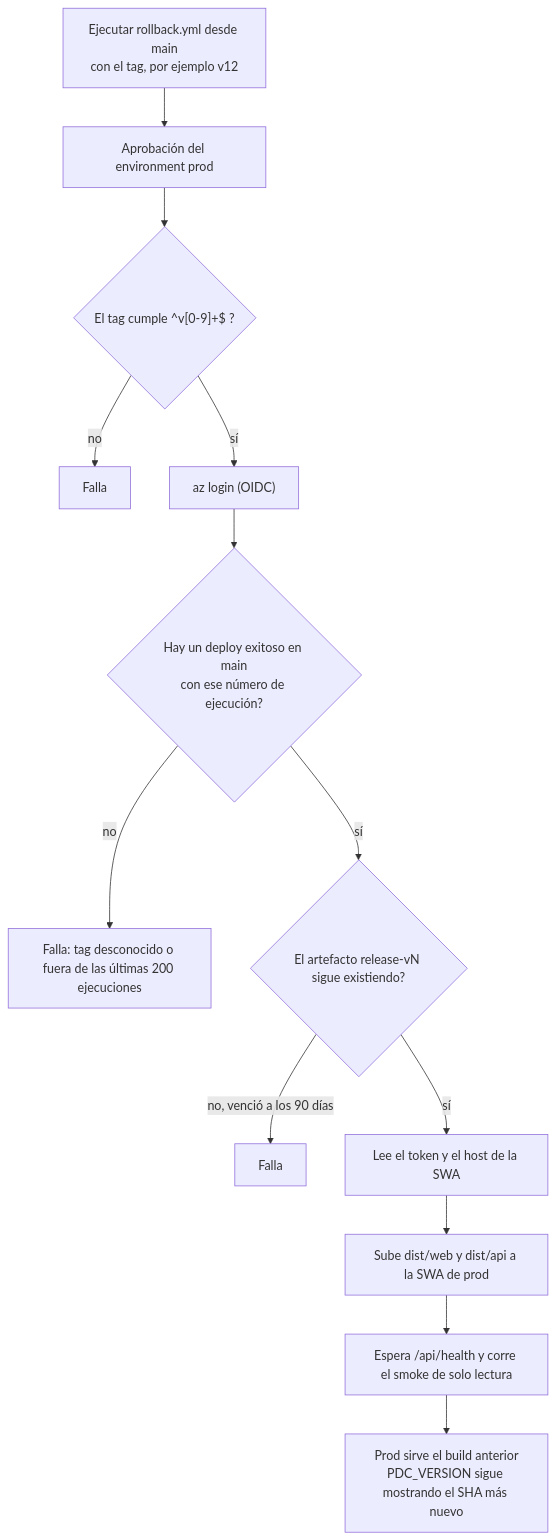
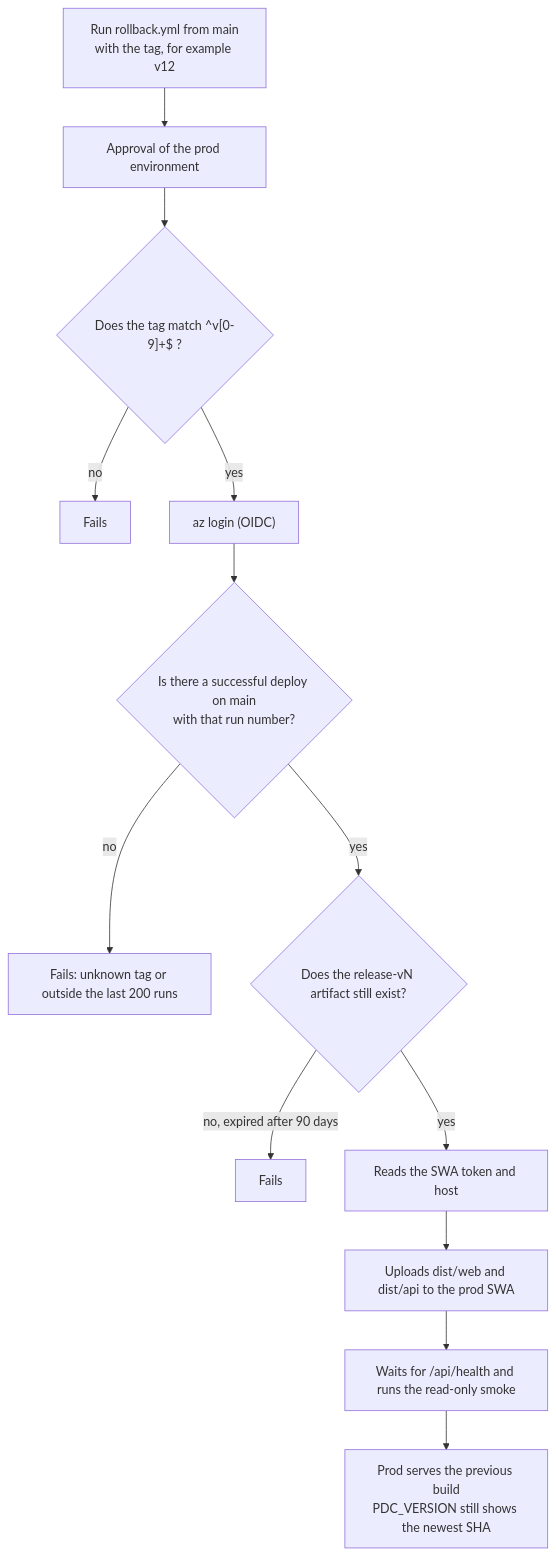
One commit to Andr3xDev/migas-en-la-nube changed the diagram in docs/diagramas/rollback.md. Above: the diagram before and after it, drawn with Mermaid. The commit also changed other lines of this file and 11 other files, not shown here.

Commit message:
docs: translate diagrams to English

````diff
--- a/docs/diagramas/rollback.md
+++ b/docs/diagramas/rollback.md
@@ -5,15 +5,15 @@
 ```mermaid
 flowchart TD
-    Start["Ejecutar rollback.yml desde main<br/>con el tag, por ejemplo v12"] --> Approve["Aprobación del environment prod"]
-    Approve --> Check{"El tag cumple ^v[0-9]+$ ?"}
-    Check -->|no| Fail1["Falla"]
-    Check -->|sí| Login["az login (OIDC)"]
-    Login --> Find{"Hay un deploy exitoso en main<br/>con ese número de ejecución?"}
-    Find -->|no| Fail2["Falla: tag desconocido o fuera de las últimas 200 ejecuciones"]
-    Find -->|sí| Download{"El artefacto release-vN sigue existiendo?"}
-    Download -->|"no, venció a los 90 días"| Fail3["Falla"]
-    Download -->|sí| Key["Lee el token y el host de la SWA"]
-    Key --> Upload["Sube dist/web y dist/api a la SWA de prod"]
-    Upload --> Smoke["Espera /api/health y corre el smoke de solo lectura"]
-    Smoke --> Done["Prod sirve el build anterior<br/>PDC_VERSION sigue mostrando el SHA más nuevo"]
+    Start["Run rollback.yml from main<br/>with the tag, for example v12"] --> Approve["Approval of the prod environment"]
+    Approve --> Check{"Does the tag match ^v[0-9]+$ ?"}
+    Check -->|no| Fail1["Fails"]
+    Check -->|yes| Login["az login (OIDC)"]
+    Login --> Find{"Is there a successful deploy on main<br/>with that run number?"}
+    Find -->|no| Fail2["Fails: unknown tag or outside the last 200 runs"]
+    Find -->|yes| Download{"Does the release-vN artifact still exist?"}
+    Download -->|"no, expired after 90 days"| Fail3["Fails"]
+    Download -->|yes| Key["Reads the SWA token and host"]
+    Key --> Upload["Uploads dist/web and dist/api to the prod SWA"]
+    Upload --> Smoke["Waits for /api/health and runs the read-only smoke"]
+    Smoke --> Done["Prod serves the previous build<br/>PDC_VERSION still shows the newest SHA"]
 ```
````
